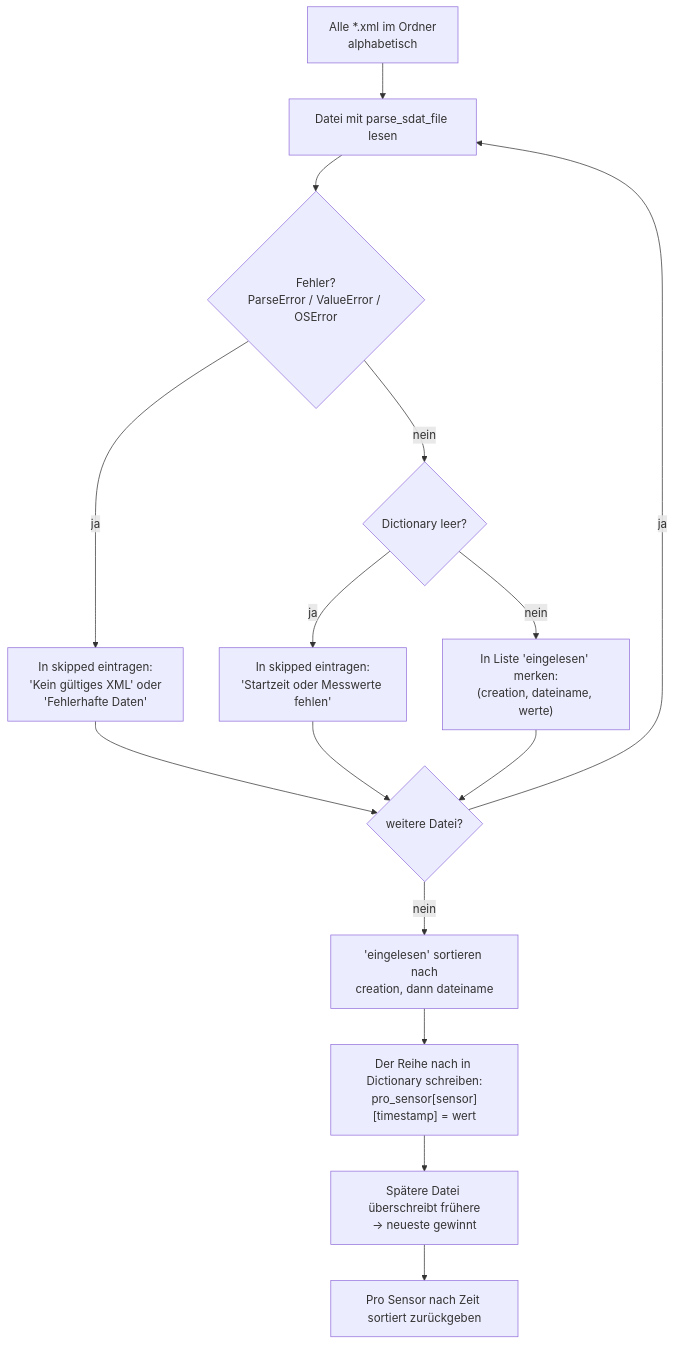
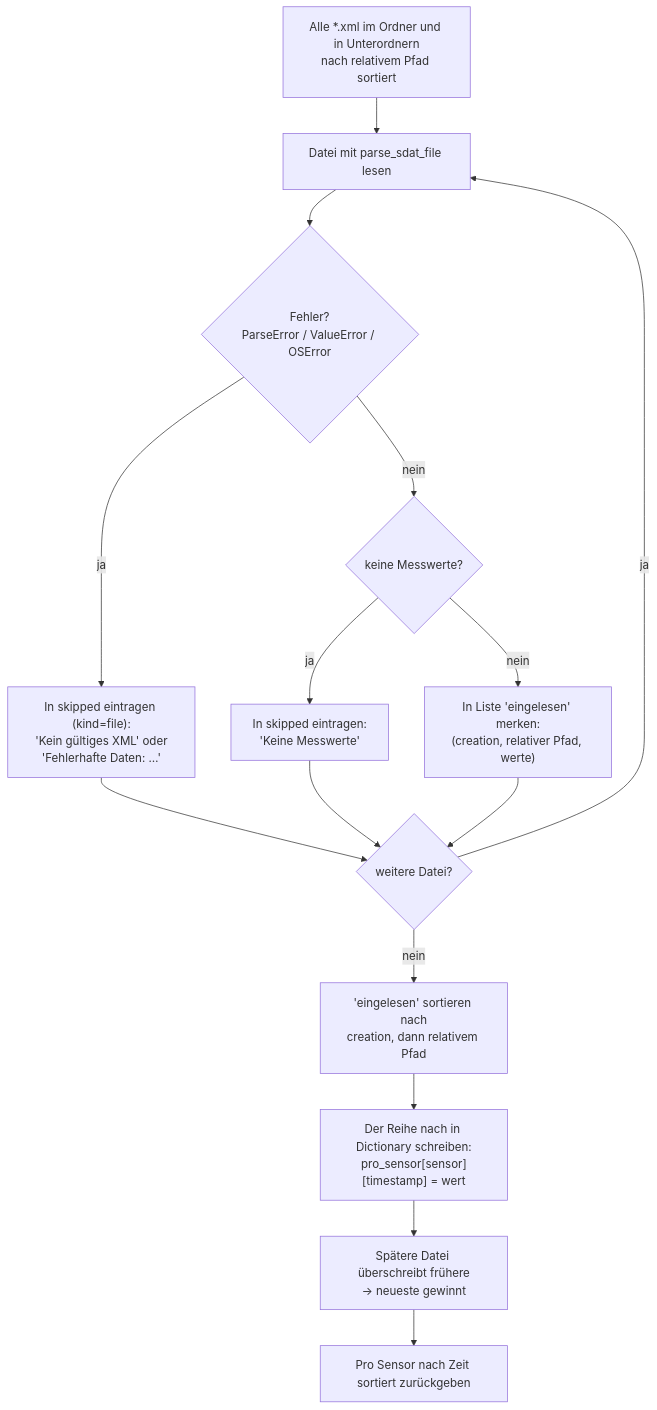
Before and after one commit to im24b-seminaral/volt-trace: the sixth of 13 diagrams in PYTHON.md, drawn with Mermaid. The commit also changed other lines of this file and 2 other files, not shown here.

````diff
--- a/PYTHON.md
+++ b/PYTHON.md
@@ -424,17 +484,17 @@
 ```mermaid
 flowchart TD
-    A["Alle *.xml im Ordner<br/>alphabetisch"] --> B["Datei mit parse_sdat_file lesen"]
+    A["Alle *.xml im Ordner und in Unterordnern<br/>nach relativem Pfad sortiert"] --> B["Datei mit parse_sdat_file lesen"]
     B --> C{"Fehler?<br/>ParseError / ValueError / OSError"}
-    C -->|ja| D["In skipped eintragen:<br/>'Kein gültiges XML' oder<br/>'Fehlerhafte Daten'"]
-    C -->|nein| E{"Dictionary leer?"}
-    E -->|ja| F["In skipped eintragen:<br/>'Startzeit oder Messwerte fehlen'"]
-    E -->|nein| G["In Liste 'eingelesen' merken:<br/>(creation, dateiname, werte)"]
+    C -->|ja| D["In skipped eintragen (kind=file):<br/>'Kein gültiges XML' oder<br/>'Fehlerhafte Daten: …'"]
+    C -->|nein| E{"keine Messwerte?"}
+    E -->|ja| F["In skipped eintragen:<br/>'Keine Messwerte'"]
+    E -->|nein| G["In Liste 'eingelesen' merken:<br/>(creation, relativer Pfad, werte)"]
     D --> H{"weitere Datei?"}
     F --> H
     G --> H
     H -->|ja| B
-    H -->|nein| I["'eingelesen' sortieren nach<br/>creation, dann dateiname"]
+    H -->|nein| I["'eingelesen' sortieren nach<br/>creation, dann relativem Pfad"]
     I --> J["Der Reihe nach in Dictionary schreiben:<br/>pro_sensor[sensor][timestamp] = wert"]
     J --> K["Spätere Datei überschreibt frühere<br/>→ neueste gewinnt"]
     K --> L["Pro Sensor nach Zeit sortiert zurückgeben"]
 ```
````
